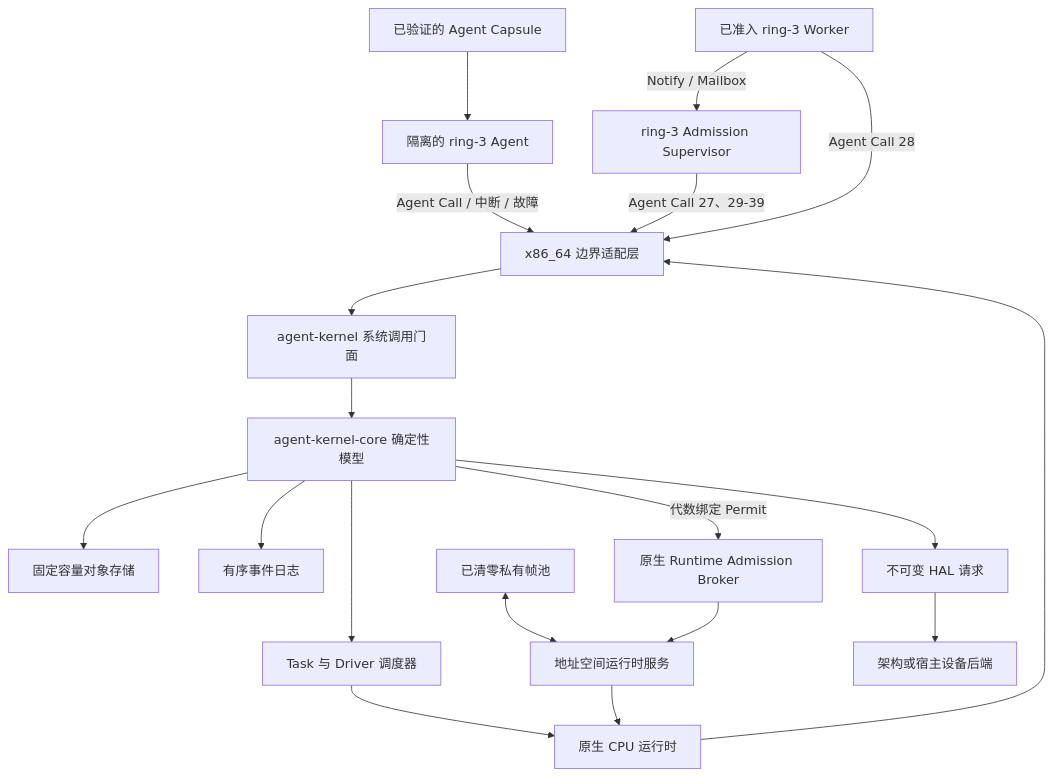
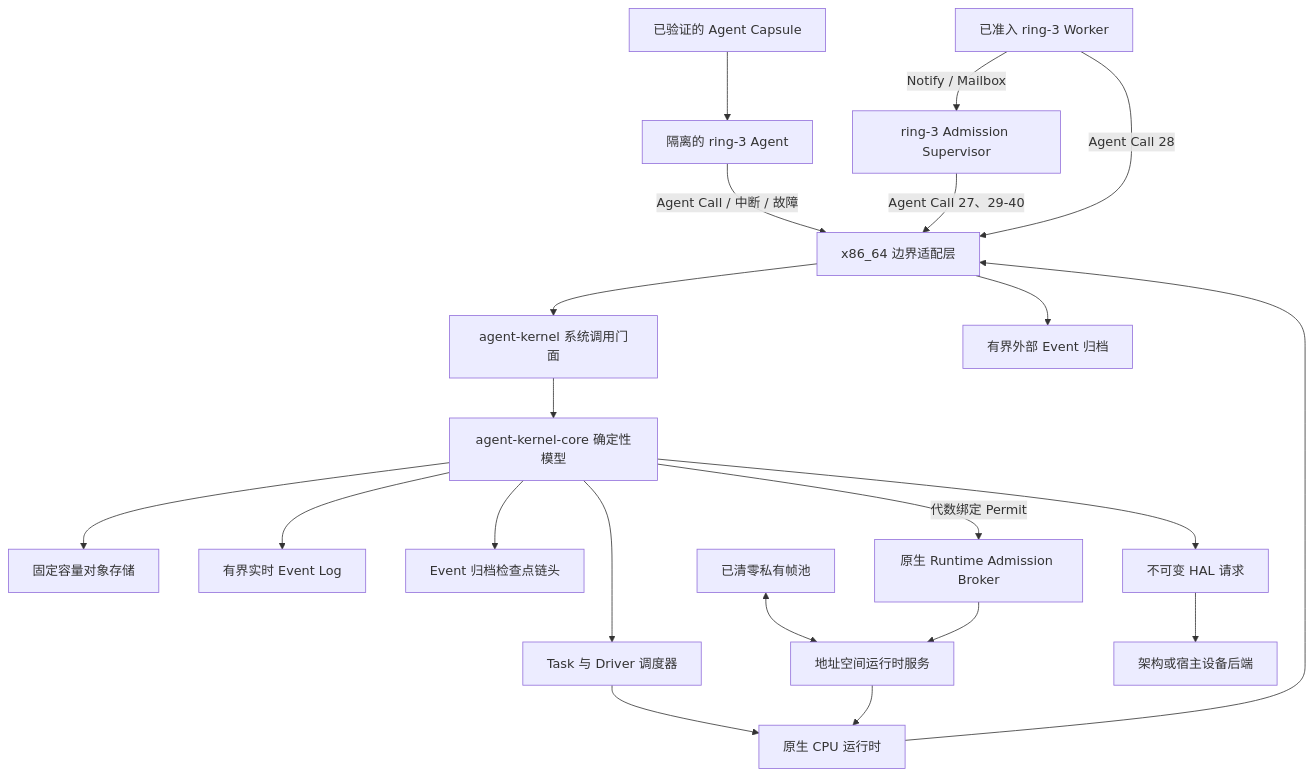
Before and after one commit to Evan-master/agent-kernel: the diagram in README.zh-CN.md, drawn with Mermaid. The commit also changed other lines of this file and 46 other files, not shown here.

Commit message:
feat: add event archive checkpoints

````diff
--- a/README.zh-CN.md
+++ b/README.zh-CN.md
@@ -230,21 +243,23 @@
 ```mermaid
 flowchart TB
     Capsule["已验证的 Agent Capsule"] --> Ring3["隔离的 ring-3 Agent"]
     Ring3 -->|"Agent Call / 中断 / 故障"| X86["x86_64 边界适配层"]
     X86 --> Facade["agent-kernel 系统调用门面"]
     Facade --> Core["agent-kernel-core 确定性模型"]
     Core --> Stores["固定容量对象存储"]
-    Core --> Events["有序事件日志"]
+    Core --> Events["有界实时 Event Log"]
+    Core --> ArchiveHead["Event 归档检查点链头"]
     Core --> Scheduler["Task 与 Driver 调度器"]
     Scheduler --> Runtime["原生 CPU 运行时"]
     Runtime --> X86
     FramePool["已清零私有帧池"] <--> AddressService["地址空间运行时服务"]
     Broker["原生 Runtime Admission Broker"] --> AddressService
     Core -->|"代数绑定 Permit"| Broker
     AddressService --> Runtime
+    X86 --> Archive["有界外部 Event 归档"]
     Core --> HAL["不可变 HAL 请求"]
     HAL --> Device["架构或宿主设备后端"]
-    Supervisor["ring-3 Admission Supervisor"] -->|"Agent Call 27、29-39"| X86
+    Supervisor["ring-3 Admission Supervisor"] -->|"Agent Call 27、29-40"| X86
     Workers["已准入 ring-3 Worker"] -->|"Agent Call 28"| X86
     Workers -->|"Notify / Mailbox"| Supervisor
 ```
````
